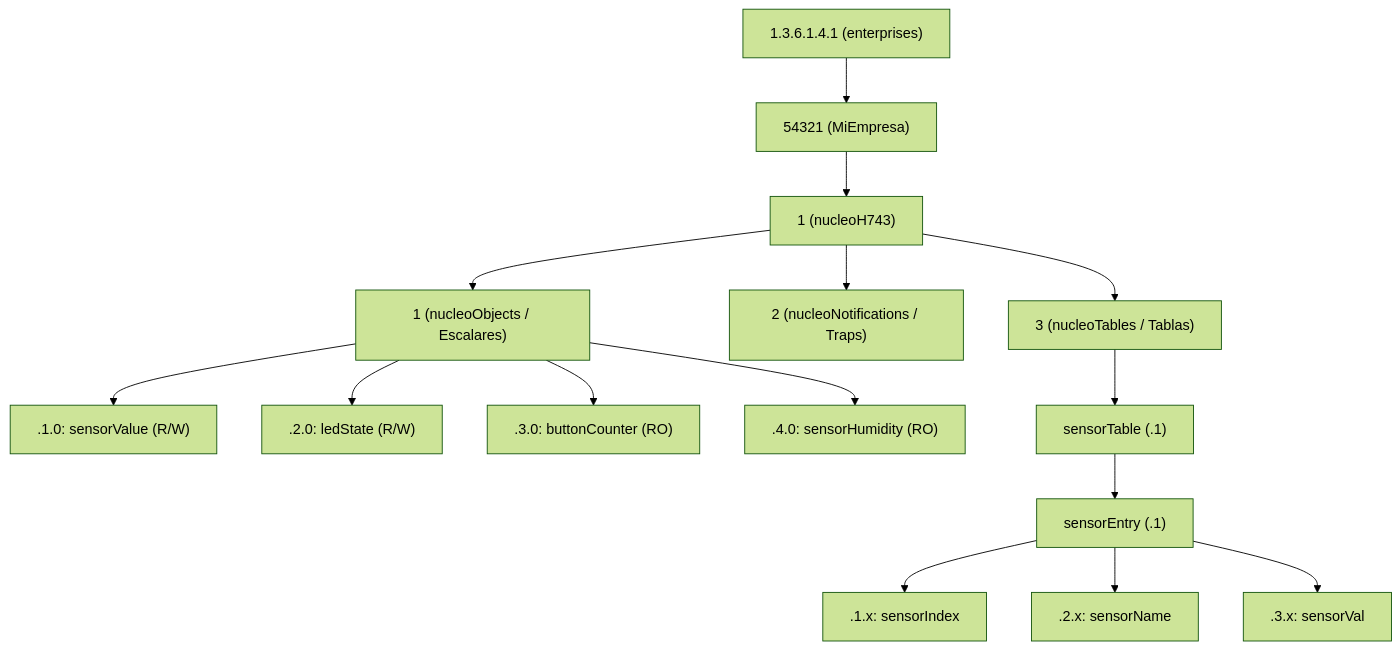
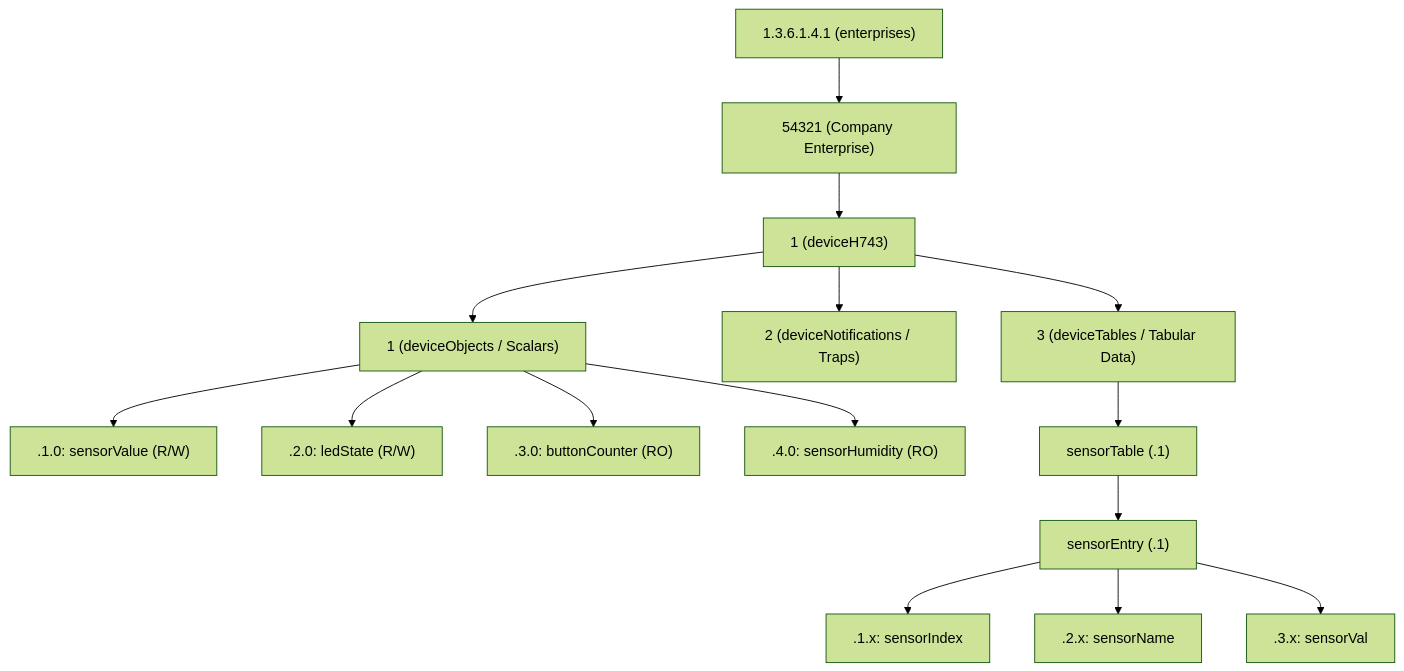
Before and after one commit to dowhile98/zephyr-snmp: the diagram in docs/wiki/MIB-Design-and-Implementation.md, drawn with Mermaid (forest theme). The commit also changed other lines of this file and 6 other files, not shown here.

Commit message:
docs(wiki): translate and realign wiki documentation with current architecture

````diff
--- a/docs/wiki/MIB-Design-and-Implementation.md
+++ b/docs/wiki/MIB-Design-and-Implementation.md
@@ -14,26 +14,26 @@
 ```mermaid
 graph TD
     Root["1.3.6.1.4.1 (enterprises)"]
-    Enterprise["54321 (MiEmpresa)"]
-    Product["1 (nucleoH743)"]
-    Scalars["1 (nucleoObjects / Escalares)"]
-    Traps["2 (nucleoNotifications / Traps)"]
-    Tables["3 (nucleoTables / Tablas)"]
+    Enterprise["54321 (Company Enterprise)"]
+    Product["1 (deviceH743)"]
+    Scalars["1 (deviceObjects / Scalars)"]
+    Traps["2 (deviceNotifications / Traps)"]
+    Tables["3 (deviceTables / Tabular Data)"]
 
     Root --> Enterprise
     Enterprise --> Product
     Product --> Scalars
     Product --> Traps
     Product --> Tables
 
     Scalars --> S1[".1.0: sensorValue (R/W)"]
     Scalars --> S2[".2.0: ledState (R/W)"]
     Scalars --> S3[".3.0: buttonCounter (RO)"]
     Scalars --> S4[".4.0: sensorHumidity (RO)"]
 
     Tables --> T1["sensorTable (.1)"]
     T1 --> TE["sensorEntry (.1)"]
     TE --> C1[".1.x: sensorIndex"]
     TE --> C2[".2.x: sensorName"]
     TE --> C3[".3.x: sensorVal"]
 ```
````
